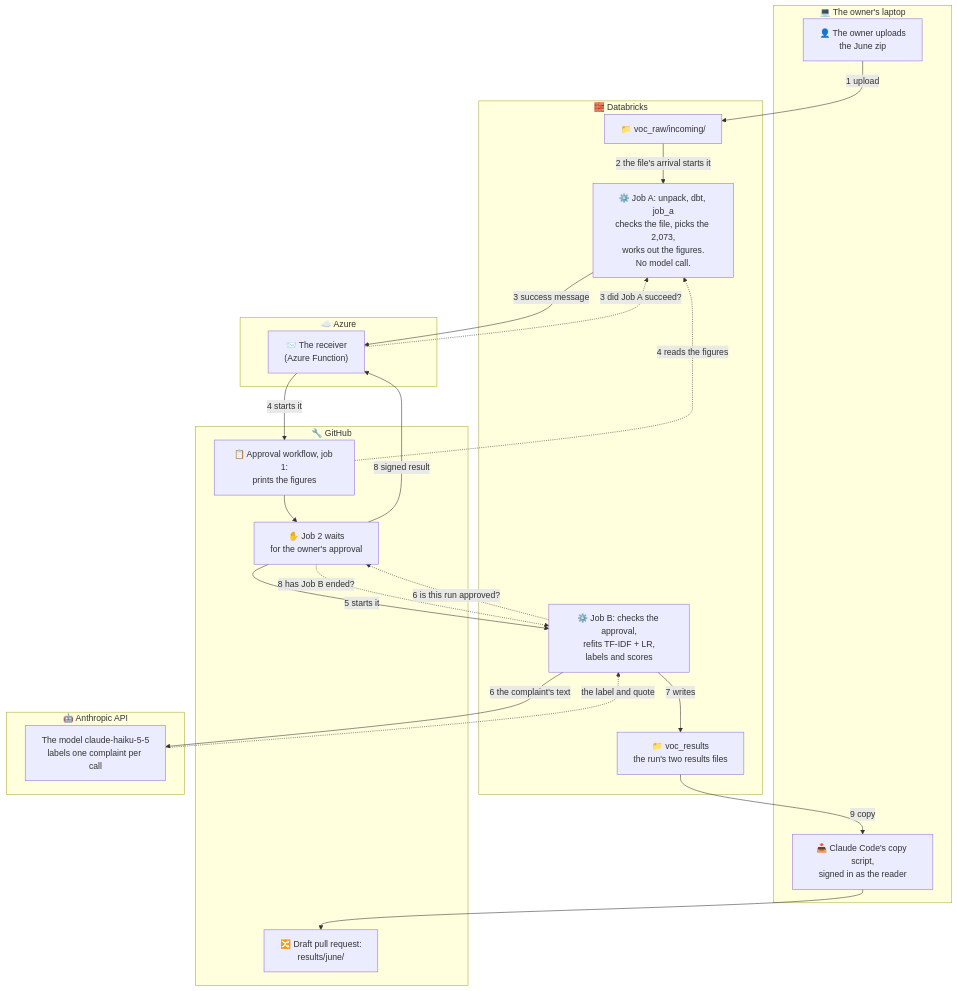
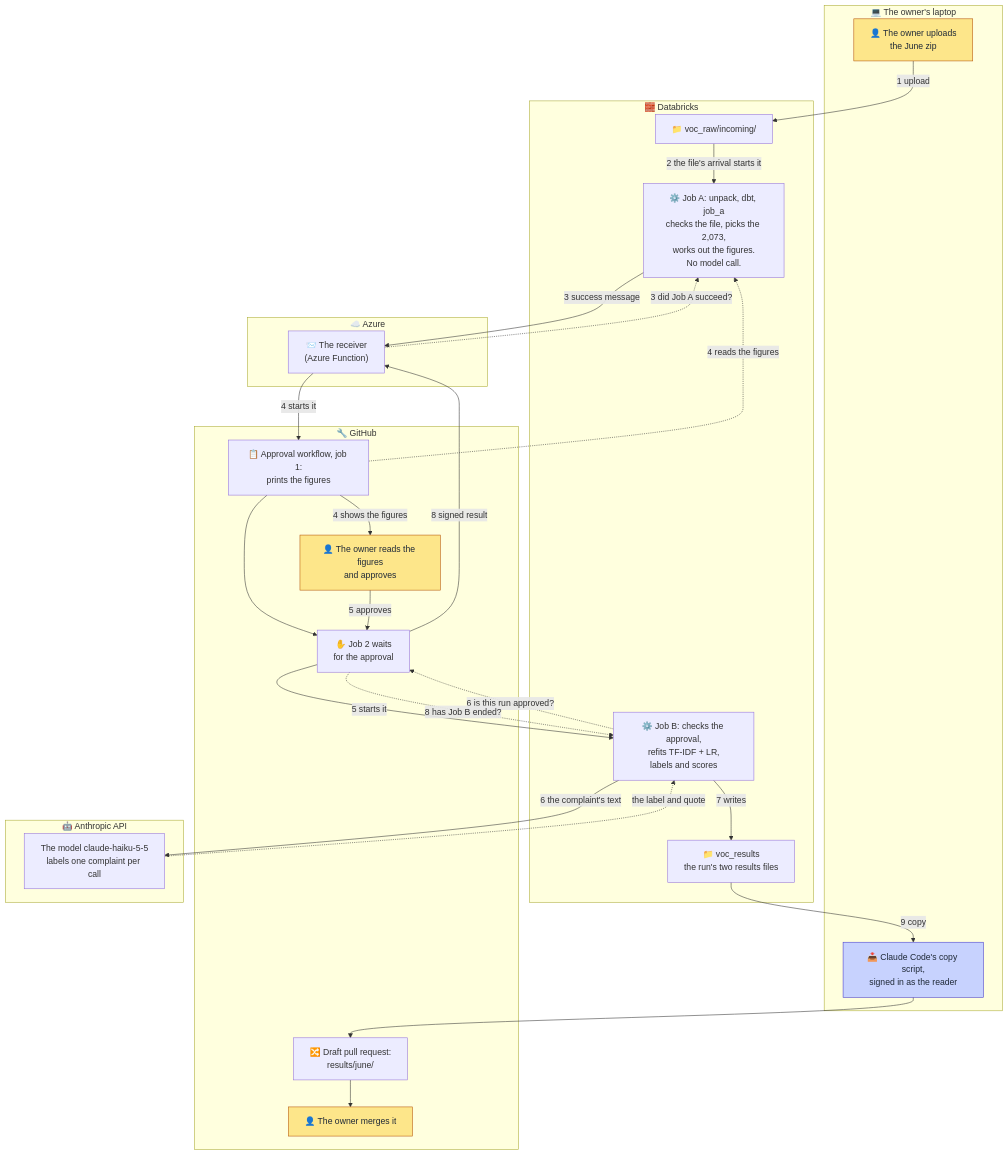
Before and after one commit to MannyAdc/voc-demo: the diagram in docs/CLOUD_RUN.md, drawn with Mermaid. The commit also changed other lines of this file and 1 other file, not shown here.

````diff
--- a/docs/CLOUD_RUN.md
+++ b/docs/CLOUD_RUN.md
@@ -52,40 +59,49 @@
 ```mermaid
 flowchart TB
     subgraph PC["💻 The owner's laptop"]
         UP["👤 The owner uploads<br/>the June zip"]
         CP["📥 Claude Code's copy script,<br/>signed in as the reader"]
     end
     subgraph DBX["🧱 Databricks"]
         IN["📁 voc_raw/incoming/"]
         JA["⚙️ Job A: unpack, dbt, job_a<br/>checks the file, picks the 2,073,<br/>works out the figures.<br/>No model call."]
         JB["⚙️ Job B: checks the approval,<br/>refits TF-IDF + LR,<br/>labels and scores"]
         RES["📁 voc_results<br/>the run's two results files"]
     end
     subgraph AZ["☁️ Azure"]
         RCV["📨 The receiver<br/>(Azure Function)"]
     end
     subgraph GH["🔧 GitHub"]
         W1["📋 Approval workflow, job 1:<br/>prints the figures"]
-        W2["✋ Job 2 waits<br/>for the owner's approval"]
+        OK["👤 The owner reads the figures<br/>and approves"]
+        W2["✋ Job 2 waits<br/>for the approval"]
         PR["🔀 Draft pull request:<br/>results/june/"]
+        MG["👤 The owner merges it"]
     end
     subgraph AN["🤖 Anthropic API"]
         API["The model claude-haiku-5-5<br/>labels one complaint per call"]
     end
     UP -- "1 upload" --> IN
     IN -- "2 the file's arrival starts it" --> JA
     JA -- "3 success message" --> RCV
     RCV -. "3 did Job A succeed?" .-> JA
     RCV -- "4 starts it" --> W1
     W1 -. "4 reads the figures" .-> JA
+    W1 -- "4 shows the figures" --> OK
     W1 --> W2
+    OK -- "5 approves" --> W2
     W2 -- "5 starts it" --> JB
     JB -. "6 is this run approved?" .-> W2
     JB -- "6 the complaint's text" --> API
     API -. "the label and quote" .-> JB
     JB -- "7 writes" --> RES
     W2 -. "8 has Job B ended?" .-> JB
     W2 -- "8 signed result" --> RCV
     RES -- "9 copy" --> CP
     CP --> PR
+    PR --> MG
+    classDef person fill:#fde68a,stroke:#b45309,color:#1f2937
+    classDef agent fill:#c7d2fe,stroke:#4338ca,color:#1f2937
+    class UP,OK,MG person
+    class CP agent
 ```
````
